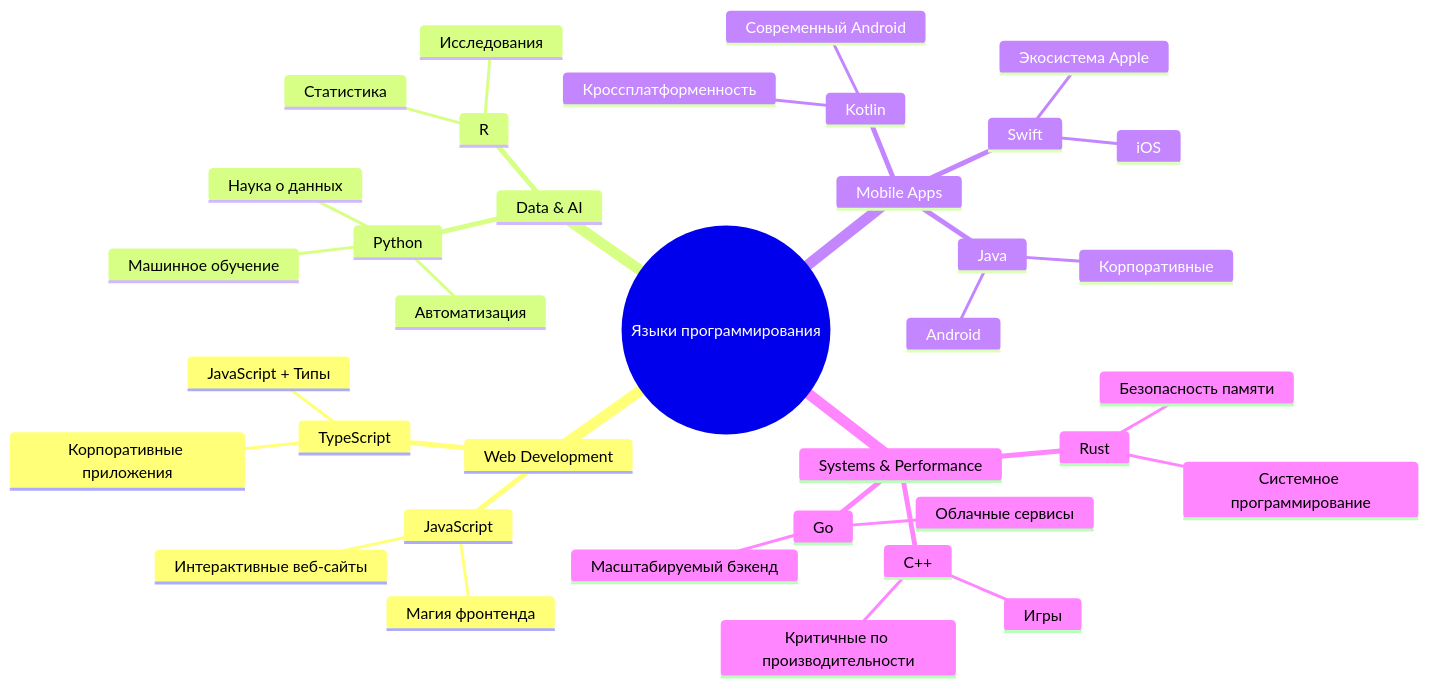
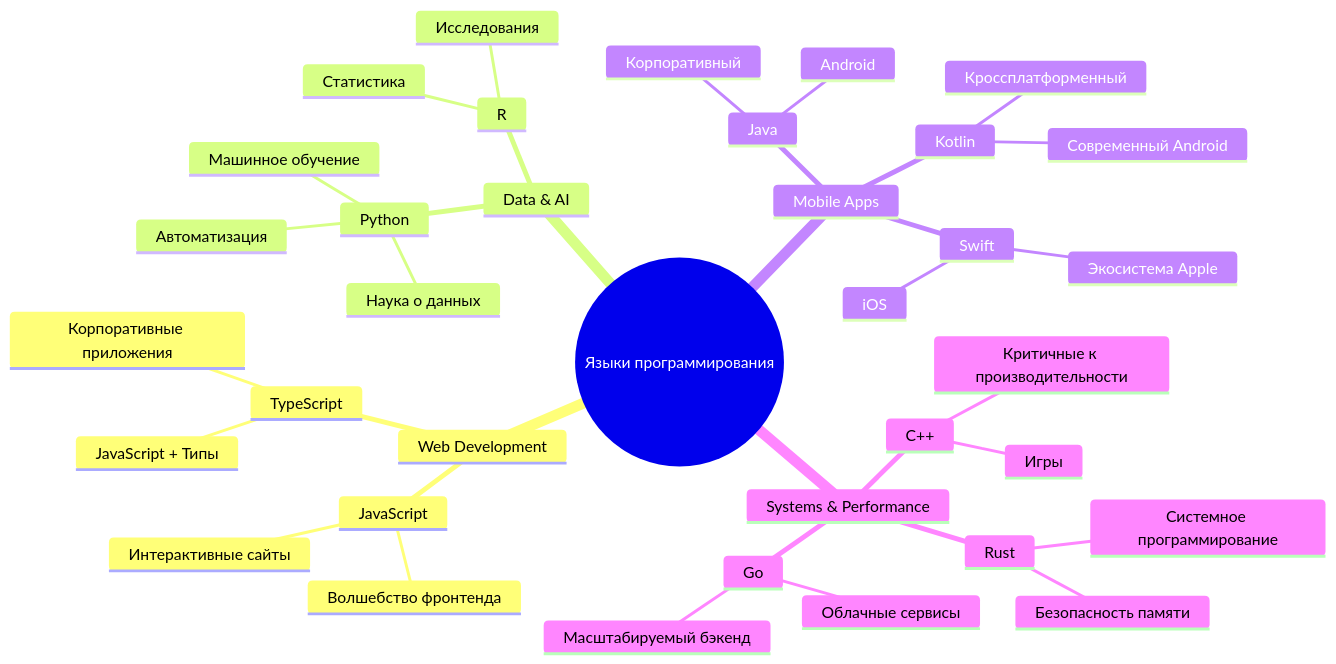
The second of 7 diagrams in translations/ru/1-getting-started-lessons/1-intro-to-programming-languages/README.md (microsoft/Web-Dev-For-Beginners), drawn with Mermaid before and after one commit. The commit also changed other lines of this file and 8 other files, not shown here.

````diff
--- a/translations/ru/1-getting-started-lessons/1-intro-to-programming-languages/README.md
+++ b/translations/ru/1-getting-started-lessons/1-intro-to-programming-languages/README.md
@@ -85,39 +85,39 @@
 ```mermaid
 mindmap
   root((Языки программирования))
     Web Development
       JavaScript
-        Магия фронтенда
-        Интерактивные веб-сайты
+        Волшебство фронтенда
+        Интерактивные сайты
       TypeScript
         JavaScript + Типы
         Корпоративные приложения
     Data & AI
       Python
         Наука о данных
         Машинное обучение
         Автоматизация
       R
         Статистика
         Исследования
     Mobile Apps
       Java
         Android
-        Корпоративные
+        Корпоративный
       Swift
         iOS
         Экосистема Apple
       Kotlin
         Современный Android
-        Кроссплатформенность
+        Кроссплатформенный
     Systems & Performance
       C++
         Игры
-        Критичные по производительности
+        Критичные к производительности
       Rust
         Безопасность памяти
         Системное программирование
       Go
         Облачные сервисы
         Масштабируемый бэкенд
 ```
````
